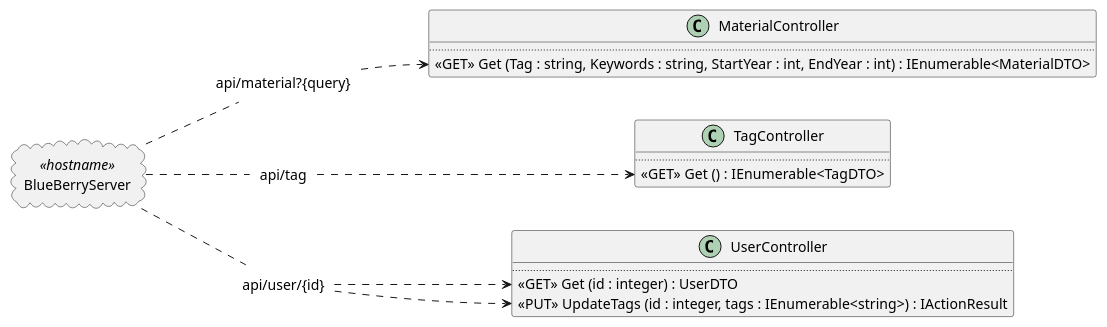
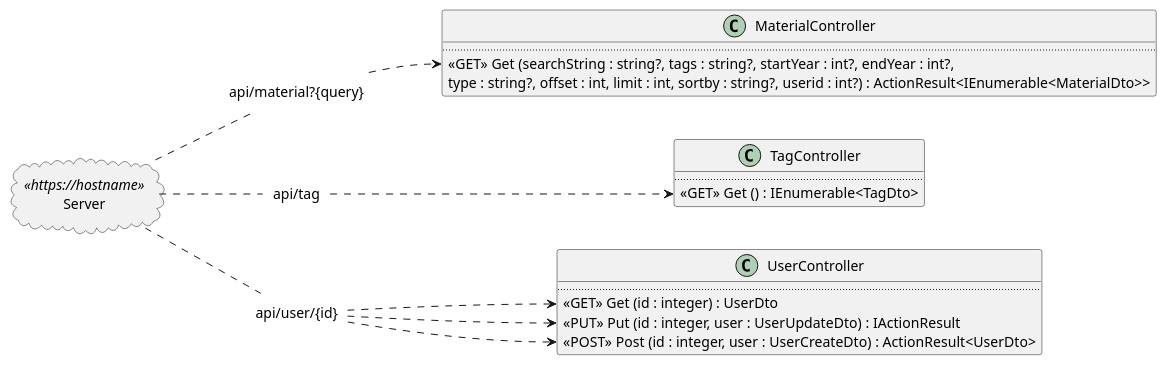
The diagram in docs/uml/controllers.puml (toffernator/blueberry), drawn with PlantUML before and after one commit.

Commit message:
Update the controller diagram (#155)

```diff
--- a/docs/uml/controllers.puml
+++ b/docs/uml/controllers.puml
@@ -1,39 +1,42 @@
 @startuml
 left to right direction
 allowmixing
 
-cloud BlueBerryServer <<hostname>>
+cloud Server <<https://hostname>>
 
 class UserController {
   ..
-  <<GET>> Get (id : integer) : UserDTO
-  <<PUT>> UpdateTags (id : integer, tags : IEnumerable<string>) : IActionResult 
+  <<GET>> Get (id : integer) : UserDto
+  <<PUT>> Put (id : integer, user : UserUpdateDto) : IActionResult 
+  <<POST>> Post (id : integer, user : UserCreateDto) : ActionResult<UserDto>
 }
 
 class MaterialController {
   ..
-  <<GET>> Get (Tag : string, Keywords : string, StartYear : int, EndYear : int) : IEnumerable<MaterialDTO>
+  <<GET>> Get (searchString : string?, tags : string?, startYear : int?, endYear : int?,
+               type : string?, offset : int, limit : int, sortby : string?, userid : int?) : ActionResult<IEnumerable<MaterialDto>>
 }
 
 class TagController {
   ..
-  <<GET>> Get () : IEnumerable<TagDTO>
+  <<GET>> Get () : IEnumerable<TagDto>
 }
 label "api/material?{query}" as material
 
 label "api/tag" as tag
 
 label "api/user/{id}" as userid
 
-BlueBerryServer -. material
+Server -. material
 material -.> MaterialController::Get 
 
-BlueBerryServer -. tag
+Server -. tag
 tag -.> TagController::Get
 
 
-BlueBerryServer -. userid
+Server -. userid
 userid -.> UserController::Get   
-userid -.> UserController::UpdateTags
+userid -.> UserController::Put
+userid -.> UserController::Post
 
 @enduml
```
